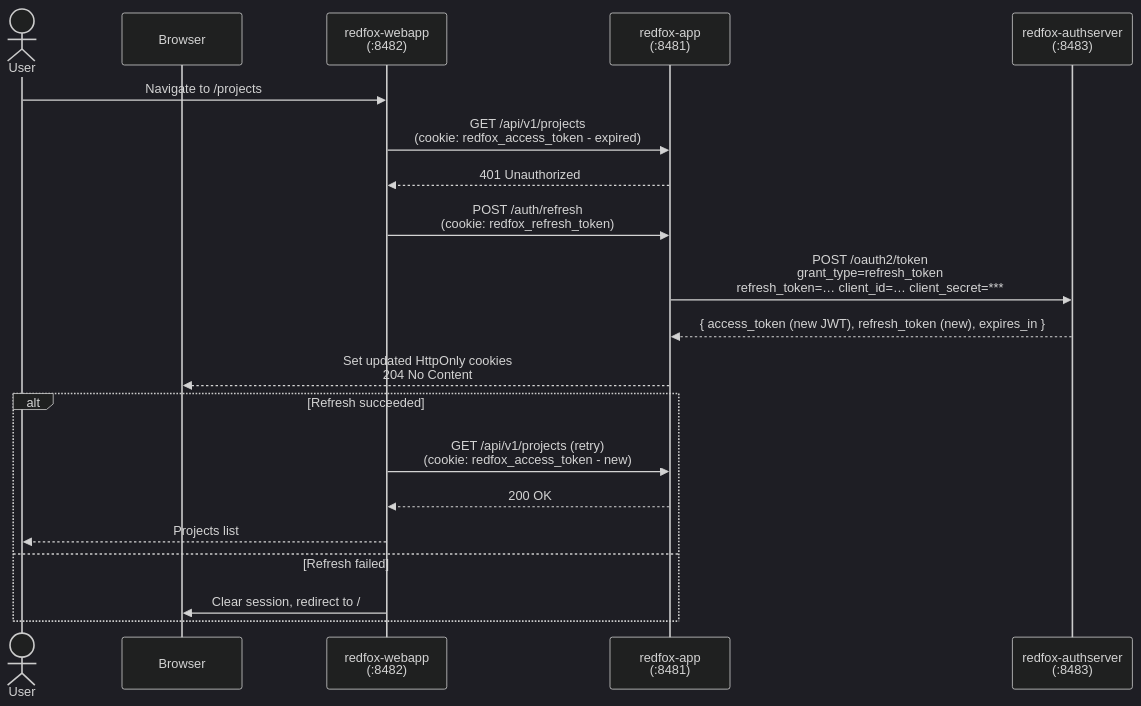
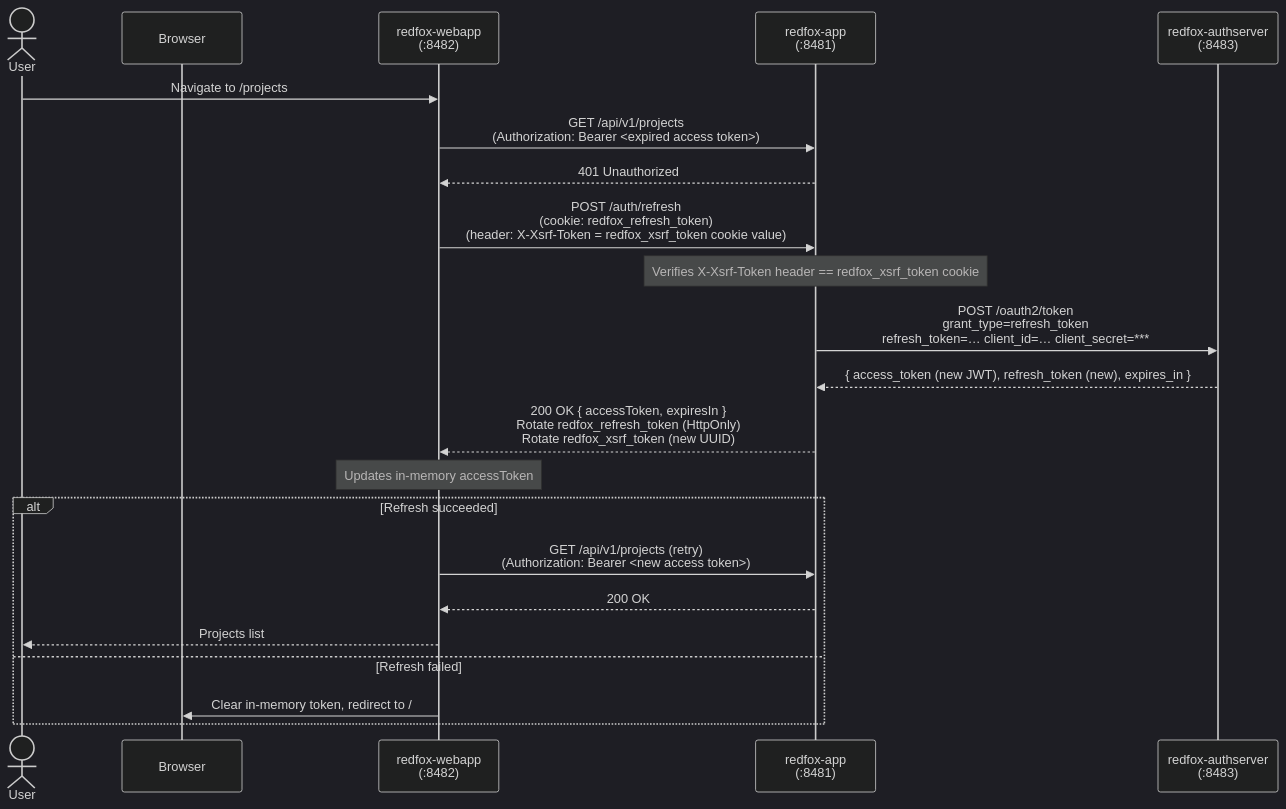
The second of 2 diagrams in README.md (malczuuu/redfox-project), drawn with Mermaid (dark theme) before and after one commit. The commit also changed other lines of this file and 3 other files, not shown here.

````diff
--- a/README.md
+++ b/README.md
@@ -50,24 +54,26 @@
 ```mermaid
 sequenceDiagram
     actor User
     participant Browser
     participant webapp as redfox-webapp<br/>(:8482)
     participant app as redfox-app<br/>(:8481)
     participant auth as redfox-authserver<br/>(:8483)
 
     User->>webapp: Navigate to /projects
-    webapp->>app: GET /api/v1/projects<br/>(cookie: redfox_access_token - expired)
+    webapp->>app: GET /api/v1/projects<br/>(Authorization: Bearer <expired access token>)
     app-->>webapp: 401 Unauthorized
-    webapp->>app: POST /auth/refresh<br/>(cookie: redfox_refresh_token)
+    webapp->>app: POST /auth/refresh<br/>(cookie: redfox_refresh_token)<br/>(header: X-Xsrf-Token = redfox_xsrf_token cookie value)
+    Note over app: Verifies X-Xsrf-Token header == redfox_xsrf_token cookie
     app->>auth: POST /oauth2/token<br/>grant_type=refresh_token<br/>refresh_token=… client_id=… client_secret=***
     auth-->>app: { access_token (new JWT), refresh_token (new), expires_in }
-    app-->>Browser: Set updated HttpOnly cookies<br/>204 No Content
+    app-->>webapp: 200 OK { accessToken, expiresIn }<br/>Rotate redfox_refresh_token (HttpOnly)<br/>Rotate redfox_xsrf_token (new UUID)
+    Note over webapp: Updates in-memory accessToken
 
     alt Refresh succeeded
-        webapp->>app: GET /api/v1/projects (retry)<br/>(cookie: redfox_access_token - new)
+        webapp->>app: GET /api/v1/projects (retry)<br/>(Authorization: Bearer <new access token>)
         app-->>webapp: 200 OK
         webapp-->>User: Projects list
     else Refresh failed
-        webapp->>Browser: Clear session, redirect to /
+        webapp->>Browser: Clear in-memory token, redirect to /
     end
 ```
````
